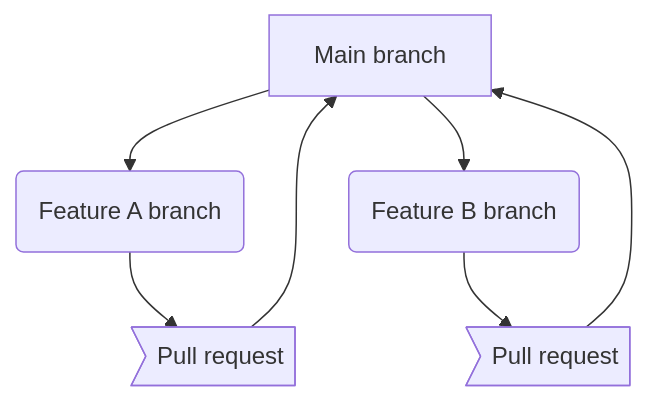
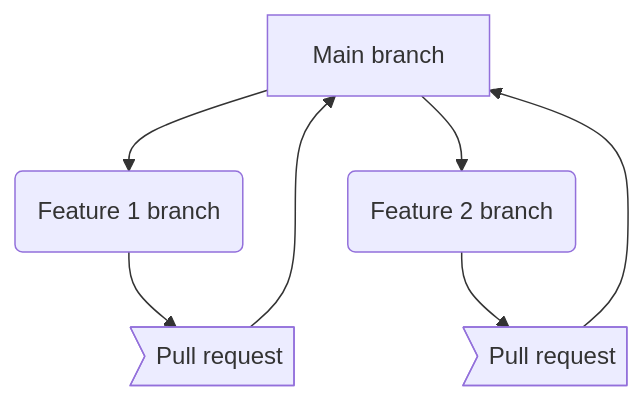
One commit to phuse-org/git-in-statistical-programming changed the second of 11 diagrams in white-paper/branching-strategies.qmd. Above: the diagram before and after it, drawn with Mermaid. The commit also changed other lines of this file, not shown here.

````diff
--- a/white-paper/branching-strategies.qmd
+++ b/white-paper/branching-strategies.qmd
@@ -42,16 +42,16 @@
 ```{mermaid}
 %%| label: fig-basic-git-structure
 %%| fig-cap: "Basic Git branching structure"
 flowchart TD
     main["Main branch"]
-    feature-a("Feature A branch")
-    feature-b("Feature B branch")
+    feature-1("Feature 1 branch")
+    feature-2("Feature 2 branch")
     PR1>"Pull request"]
     PR2>"Pull request"]
-    main --> feature-a
-    feature-a --> PR1
+    main --> feature-1
+    feature-1 --> PR1
     PR1 --> main
-    main --> feature-b
-    feature-b --> PR2
+    main --> feature-2
+    feature-2 --> PR2
     PR2 --> main
 ```
````
